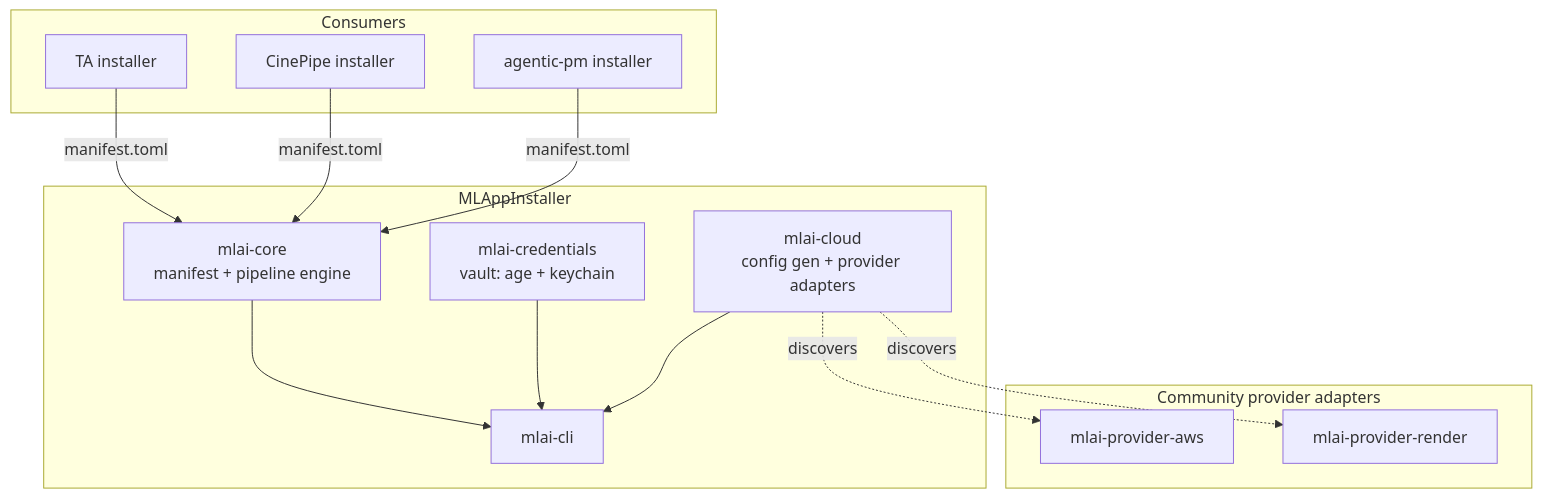
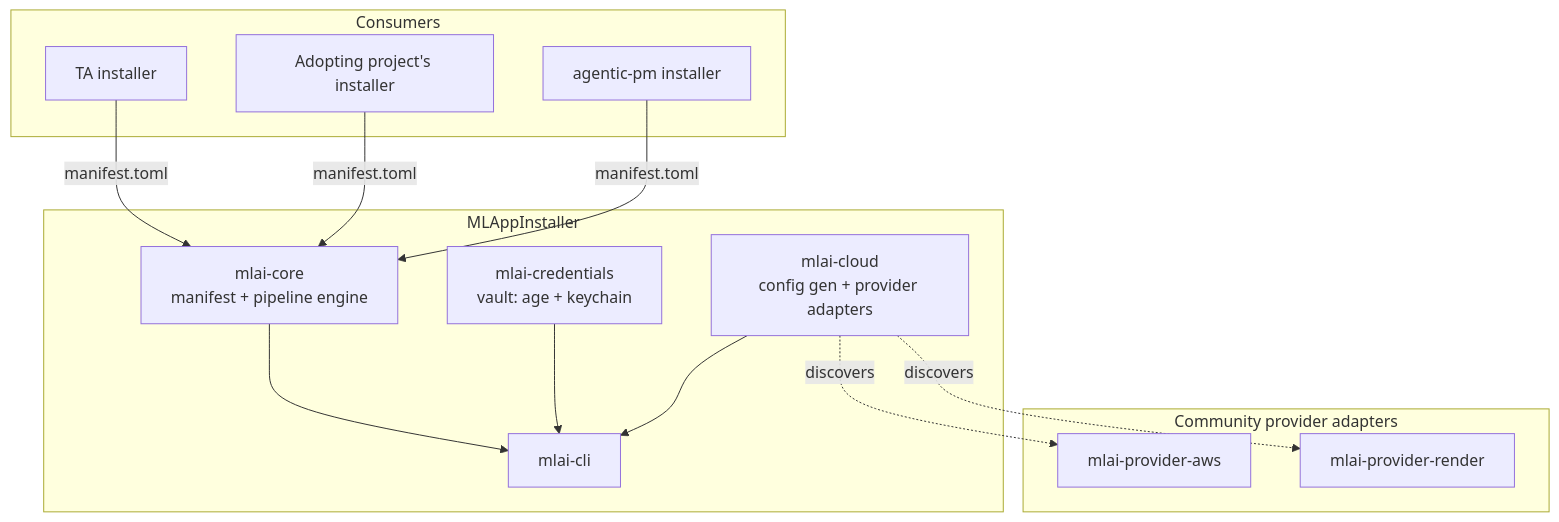
Before and after one commit to Trusted-Autonomy/MLAppInstaller: the first of 3 diagrams in README.md, drawn with Mermaid. The commit also changed other lines of this file and 30 other files, not shown here.

````diff
--- a/README.md
+++ b/README.md
@@ -34,27 +33,27 @@
 ```mermaid
 graph TD
     subgraph Consumers
         TA[TA installer]
-        CP[CinePipe installer]
+        Adopter[Adopting project's installer]
         PM[agentic-pm installer]
     end
     subgraph MLAppInstaller
         Core[mlai-core<br/>manifest + pipeline engine]
         Cred[mlai-credentials<br/>vault: age + keychain]
         Cloud[mlai-cloud<br/>config gen + provider adapters]
         CLI[mlai-cli]
     end
     subgraph Adapters["Community provider adapters"]
         AWS[mlai-provider-aws]
         Render[mlai-provider-render]
     end
 
     TA -- manifest.toml --> Core
-    CP -- manifest.toml --> Core
+    Adopter -- manifest.toml --> Core
     PM -- manifest.toml --> Core
     Core --> CLI
     Cred --> CLI
     Cloud --> CLI
     Cloud -.discovers.-> AWS
     Cloud -.discovers.-> Render
 ```
````
